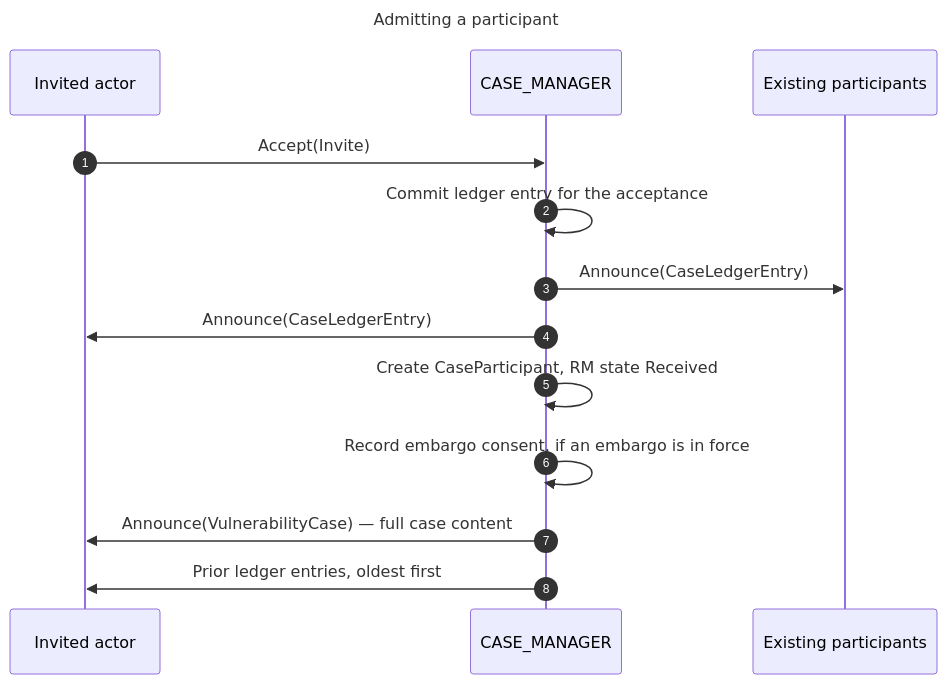
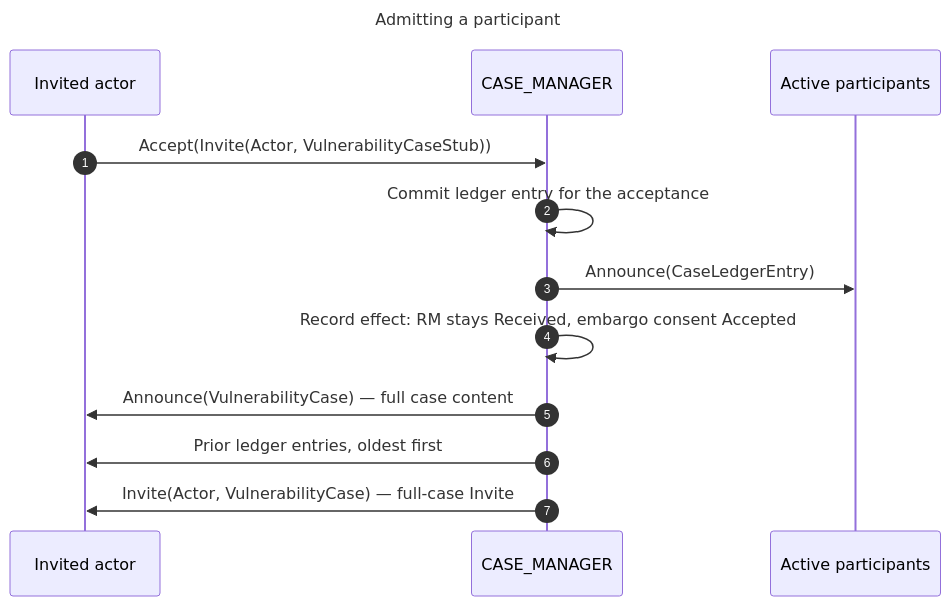
Before and after one commit to CERTCC/Vultron: the diagram in docs/reference/vultron-spec/_model-interactions.md, drawn with Mermaid. The commit also changed other lines of this file and 30 other files, not shown here.

````diff
--- a/docs/reference/vultron-spec/_model-interactions.md
+++ b/docs/reference/vultron-spec/_model-interactions.md
@@ -20,19 +22,18 @@
 ```mermaid
 ---
 title: Admitting a participant
 ---
 sequenceDiagram
     autonumber
     participant I as Invited actor
     participant CM as CASE_MANAGER
-    participant P as Existing participants
+    participant P as Active participants
 
-    I->>CM: Accept(Invite)
+    I->>CM: Accept(Invite(Actor, VulnerabilityCaseStub))
     CM->>CM: Commit ledger entry for the acceptance
     CM->>P: Announce(CaseLedgerEntry)
-    CM->>I: Announce(CaseLedgerEntry)
-    CM->>CM: Create CaseParticipant, RM state Received
-    CM->>CM: Record embargo consent, if an embargo is in force
+    CM->>CM: Record effect: RM stays Received, embargo consent Accepted
     CM->>I: Announce(VulnerabilityCase) — full case content
     CM->>I: Prior ledger entries, oldest first
+    CM->>I: Invite(Actor, VulnerabilityCase) — full-case Invite
 ```
````
